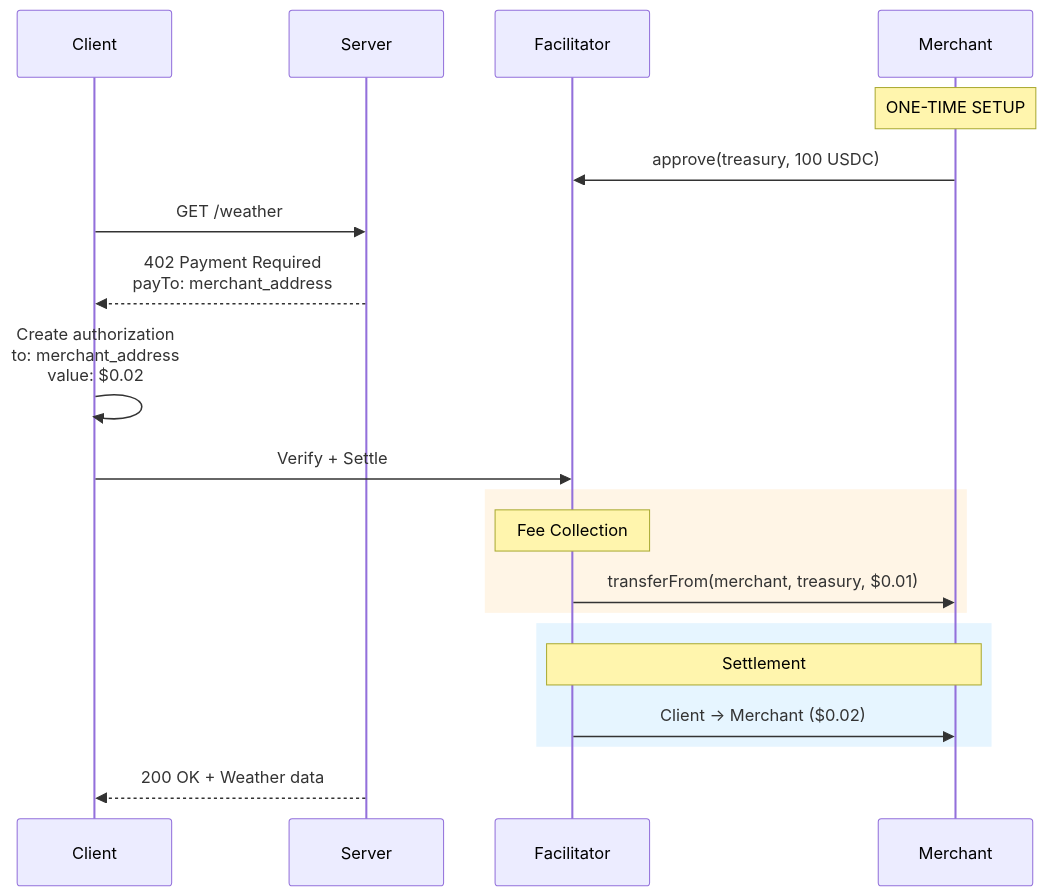
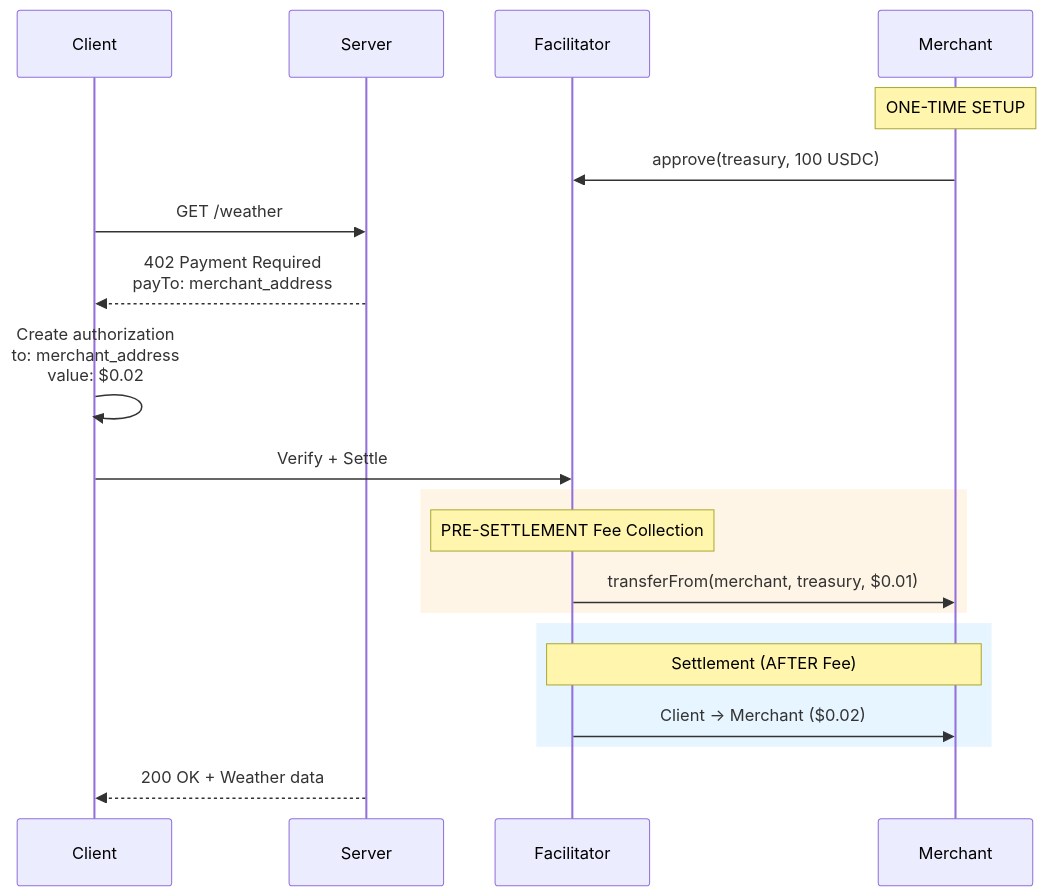
One commit to cascadingGeek/docs changed the diagram in index.mdx. Above: the diagram before and after it, drawn with Mermaid. The commit also changed other lines of this file and 7 other files, not shown here.

````diff
--- a/index.mdx
+++ b/index.mdx
@@ -179,29 +179,29 @@
 ```mermaid
 sequenceDiagram
     participant Client
     participant Server
     participant Facilitator
     participant Merchant
 
     Note over Merchant: ONE-TIME SETUP
     Merchant->>Facilitator: approve(treasury, 100 USDC)
     
     Client->>Server: GET /weather
     Server-->>Client: 402 Payment Required<br/>payTo: merchant_address
     
     Client->>Client: Create authorization<br/>to: merchant_address<br/>value: $0.02
     
     Client->>Facilitator: Verify + Settle
     
     rect rgb(255, 245, 230)
-        Note over Facilitator: Fee Collection
+        Note over Facilitator: PRE-SETTLEMENT Fee Collection
         Facilitator->>Merchant: transferFrom(merchant, treasury, $0.01)
     end
     
     rect rgb(230, 245, 255)
-        Note over Facilitator,Merchant: Settlement
+        Note over Facilitator,Merchant: Settlement (AFTER Fee)
         Facilitator->>Merchant: Client → Merchant ($0.02)
     end
     
     Server-->>Client: 200 OK + Weather data
 ```
````
